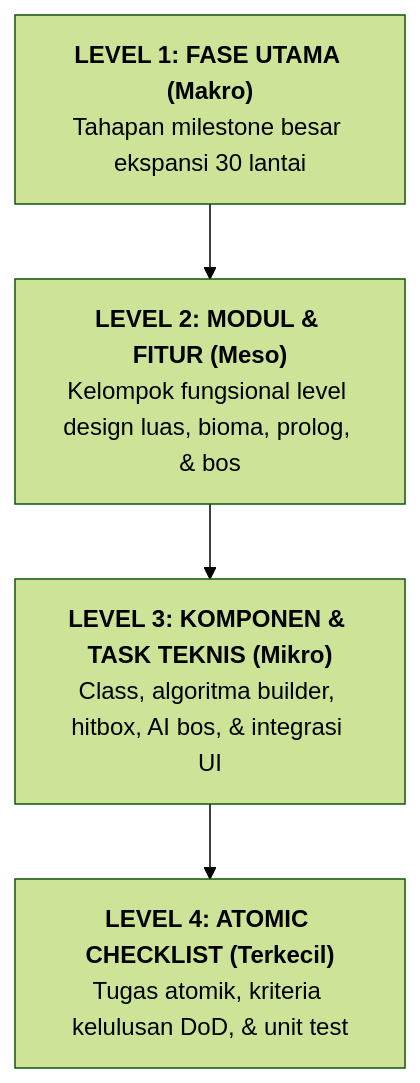
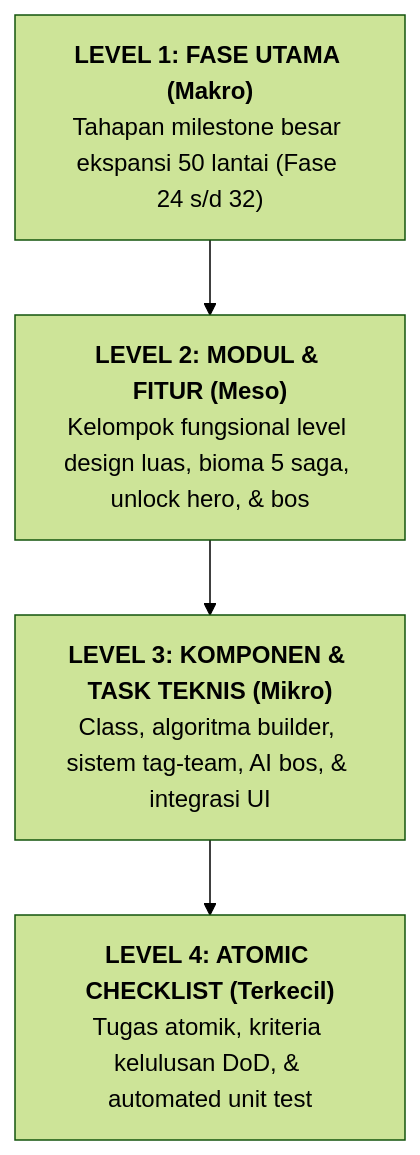
Before and after one commit to muhammadyusuftechid-star/stickman-tower-adventure: the first of 3 diagrams in Alur_Pengembangan_Ekspansi_30_Lantai.md, drawn with Mermaid (forest theme). The commit also changed other lines of this file and 3 other files, not shown here.

Commit message:
docs: expand tower saga to 50 floors with character unlock odyssey and enemy origins

````diff
--- a/Alur_Pengembangan_Ekspansi_30_Lantai.md
+++ b/Alur_Pengembangan_Ekspansi_30_Lantai.md
@@ -15,9 +15,9 @@
 ```mermaid
 graph TD
-    L1["<b>LEVEL 1: FASE UTAMA (Makro)</b><br/>Tahapan milestone besar ekspansi 30 lantai"]
-    L2["<b>LEVEL 2: MODUL & FITUR (Meso)</b><br/>Kelompok fungsional level design luas, bioma, prolog, & bos"]
-    L3["<b>LEVEL 3: KOMPONEN & TASK TEKNIS (Mikro)</b><br/>Class, algoritma builder, hitbox, AI bos, & integrasi UI"]
-    L4["<b>LEVEL 4: ATOMIC CHECKLIST (Terkecil)</b><br/>Tugas atomik, kriteria kelulusan DoD, & unit test"]
+    L1["<b>LEVEL 1: FASE UTAMA (Makro)</b><br/>Tahapan milestone besar ekspansi 50 lantai (Fase 24 s/d 32)"]
+    L2["<b>LEVEL 2: MODUL & FITUR (Meso)</b><br/>Kelompok fungsional level design luas, bioma 5 saga, unlock hero, & bos"]
+    L3["<b>LEVEL 3: KOMPONEN & TASK TEKNIS (Mikro)</b><br/>Class, algoritma builder, sistem tag-team, AI bos, & integrasi UI"]
+    L4["<b>LEVEL 4: ATOMIC CHECKLIST (Terkecil)</b><br/>Tugas atomik, kriteria kelulusan DoD, & automated unit test"]
 
     L1 --> L2 --> L3 --> L4
 ```
````
